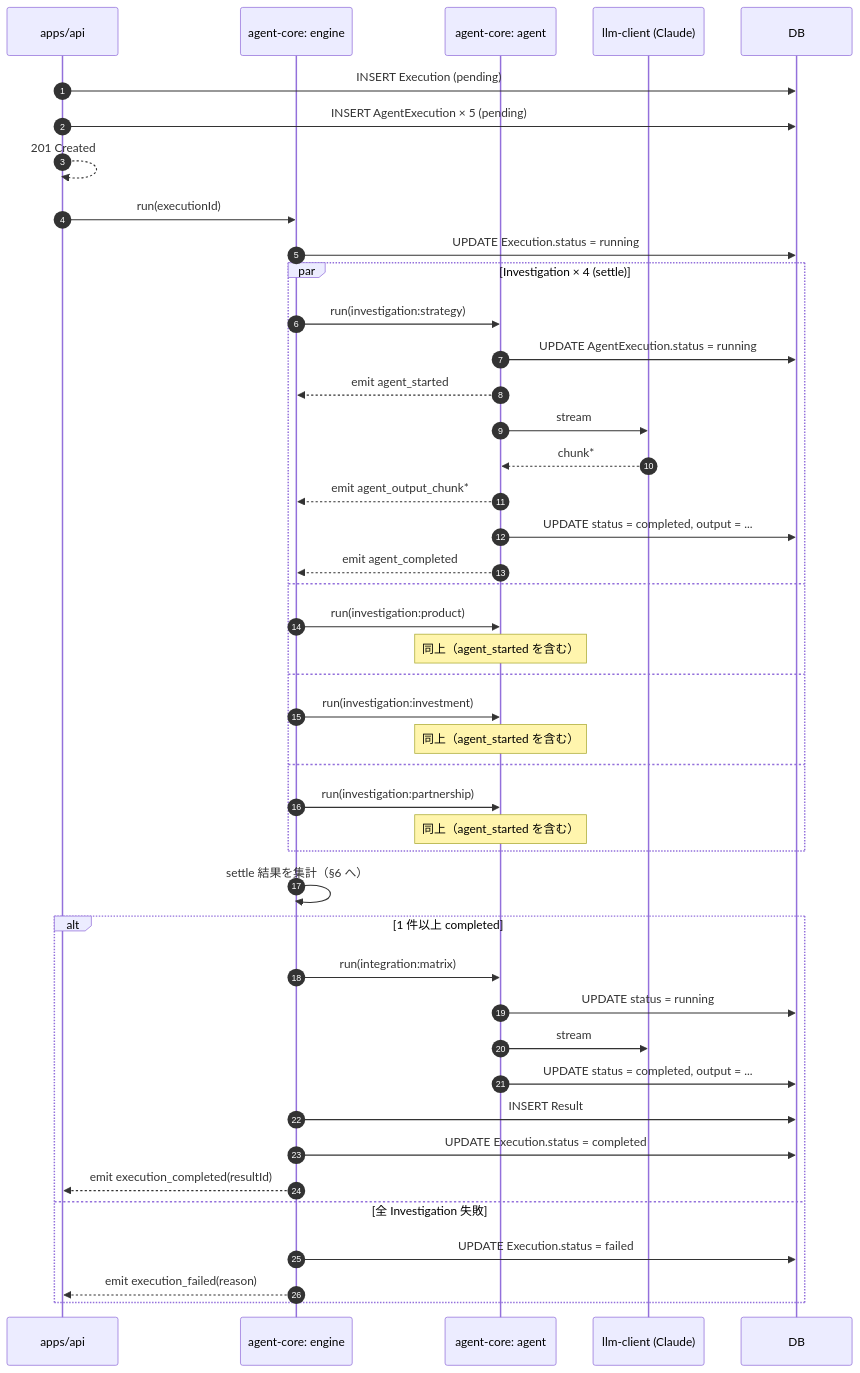
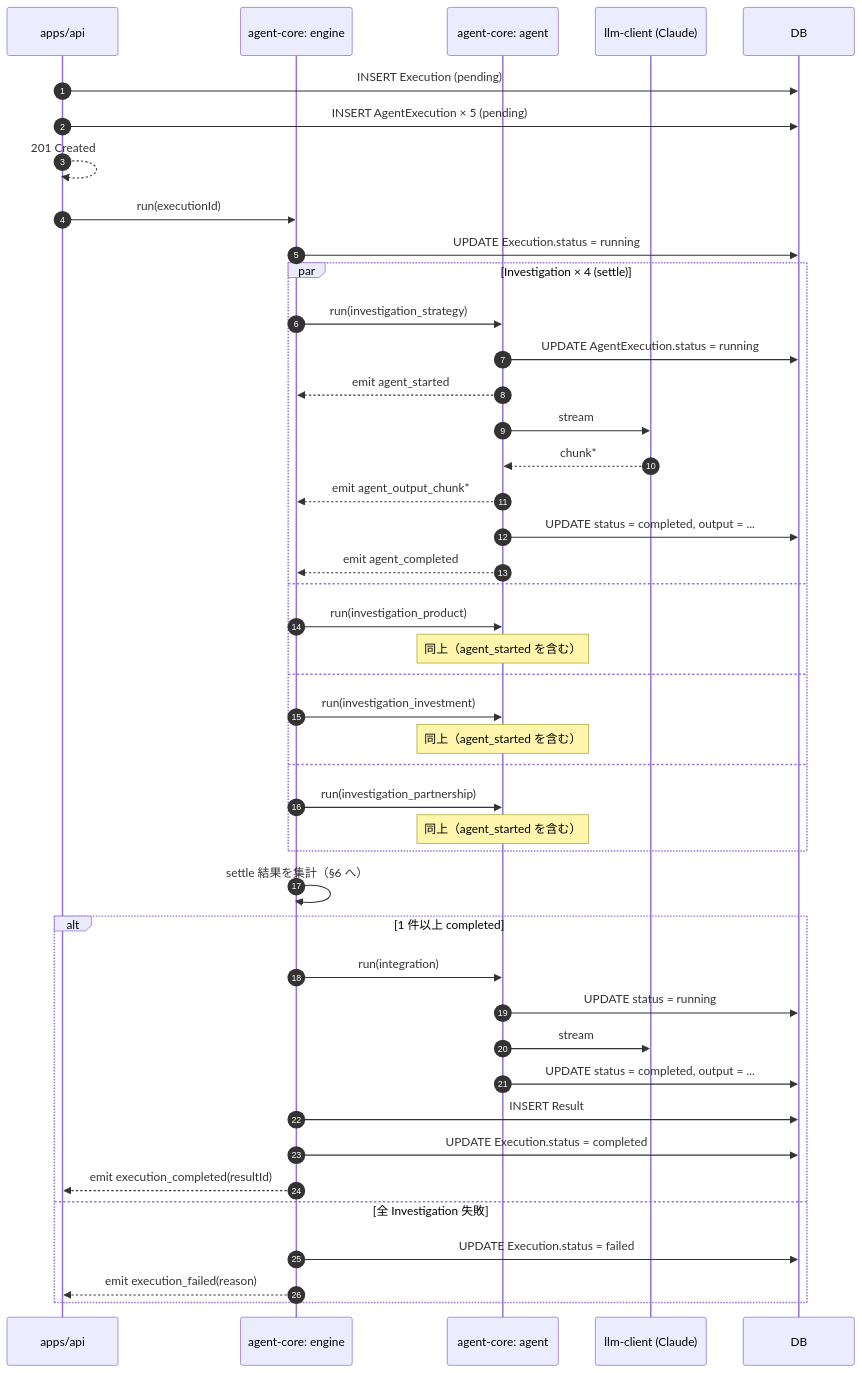
The first of 2 diagrams in docs/design/agent-execution.md (kuairen-227/agent-team-studio), drawn with Mermaid before and after one commit. The commit also changed other lines of this file and 3 other files, not shown here.

````diff
--- a/docs/design/agent-execution.md
+++ b/docs/design/agent-execution.md
@@ -81,50 +81,50 @@
 ```mermaid
 sequenceDiagram
     autonumber
     participant API as apps/api
     participant Eng as agent-core: engine
     participant Ag as agent-core: agent
     participant LLM as llm-client (Claude)
     participant DB as DB
 
     API->>DB: INSERT Execution (pending)
     API->>DB: INSERT AgentExecution × 5 (pending)
     API-->>API: 201 Created
     API->>Eng: run(executionId)
 
     Eng->>DB: UPDATE Execution.status = running
 
     par Investigation × 4 (settle)
-        Eng->>Ag: run(investigation:strategy)
+        Eng->>Ag: run(investigation_strategy)
         Ag->>DB: UPDATE AgentExecution.status = running
         Ag-->>Eng: emit agent_started
         Ag->>LLM: stream
         LLM-->>Ag: chunk*
         Ag-->>Eng: emit agent_output_chunk*
         Ag->>DB: UPDATE status = completed, output = ...
         Ag-->>Eng: emit agent_completed
     and
-        Eng->>Ag: run(investigation:product)
+        Eng->>Ag: run(investigation_product)
         Note over Ag: 同上（agent_started を含む）
     and
-        Eng->>Ag: run(investigation:investment)
+        Eng->>Ag: run(investigation_investment)
         Note over Ag: 同上（agent_started を含む）
     and
-        Eng->>Ag: run(investigation:partnership)
+        Eng->>Ag: run(investigation_partnership)
         Note over Ag: 同上（agent_started を含む）
     end
 
     Eng->>Eng: settle 結果を集計（§6 へ）
     alt 1 件以上 completed
-        Eng->>Ag: run(integration:matrix)
+        Eng->>Ag: run(integration)
         Ag->>DB: UPDATE status = running
         Ag->>LLM: stream
         Ag->>DB: UPDATE status = completed, output = ...
         Eng->>DB: INSERT Result
         Eng->>DB: UPDATE Execution.status = completed
         Eng-->>API: emit execution_completed(resultId)
     else 全 Investigation 失敗
         Eng->>DB: UPDATE Execution.status = failed
         Eng-->>API: emit execution_failed(reason)
     end
 ```
````
